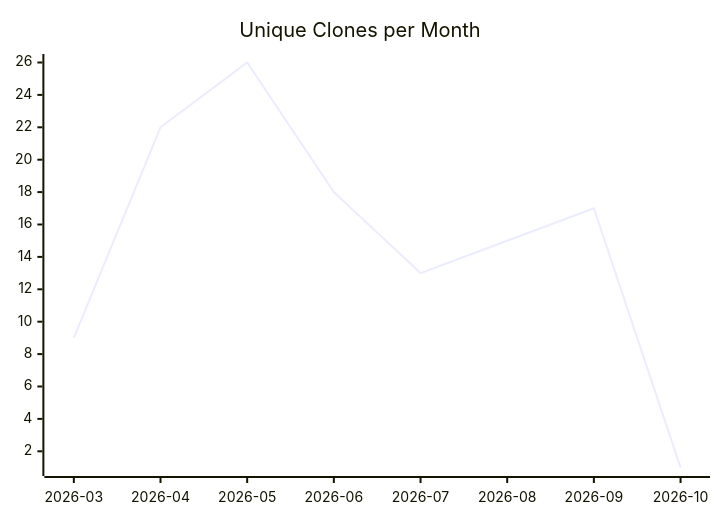
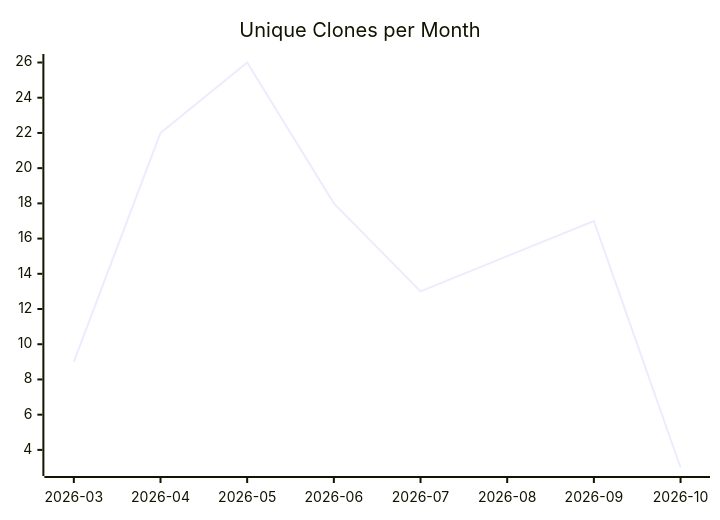
Before and after one commit to justdavis-family/github-analytics-data: the third of 3 diagrams in karlmdavis/lego-ev3dev-rs/README.md, drawn with Mermaid. The commit also changed other lines of this file and 203 other files, not shown here.

````diff
--- a/karlmdavis/lego-ev3dev-rs/README.md
+++ b/karlmdavis/lego-ev3dev-rs/README.md
@@ -19,6 +19,6 @@
 ```mermaid
 xychart-beta
   title "Unique Clones per Month"
   x-axis ["2026-03", "2026-04", "2026-05", "2026-06", "2026-07", "2026-08", "2026-09", "2026-10"]
-  line [9, 22, 26, 18, 13, 15, 17, 1]
+  line [9, 22, 26, 18, 13, 15, 17, 3]
 ```
````
